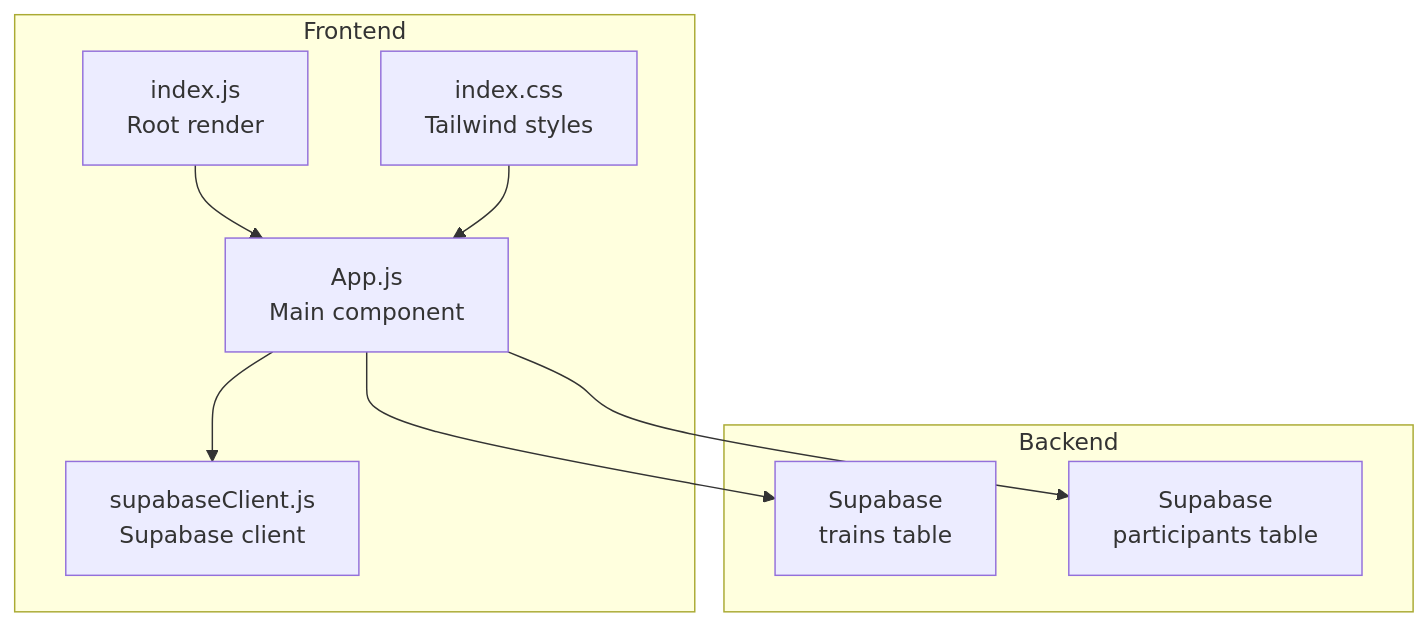
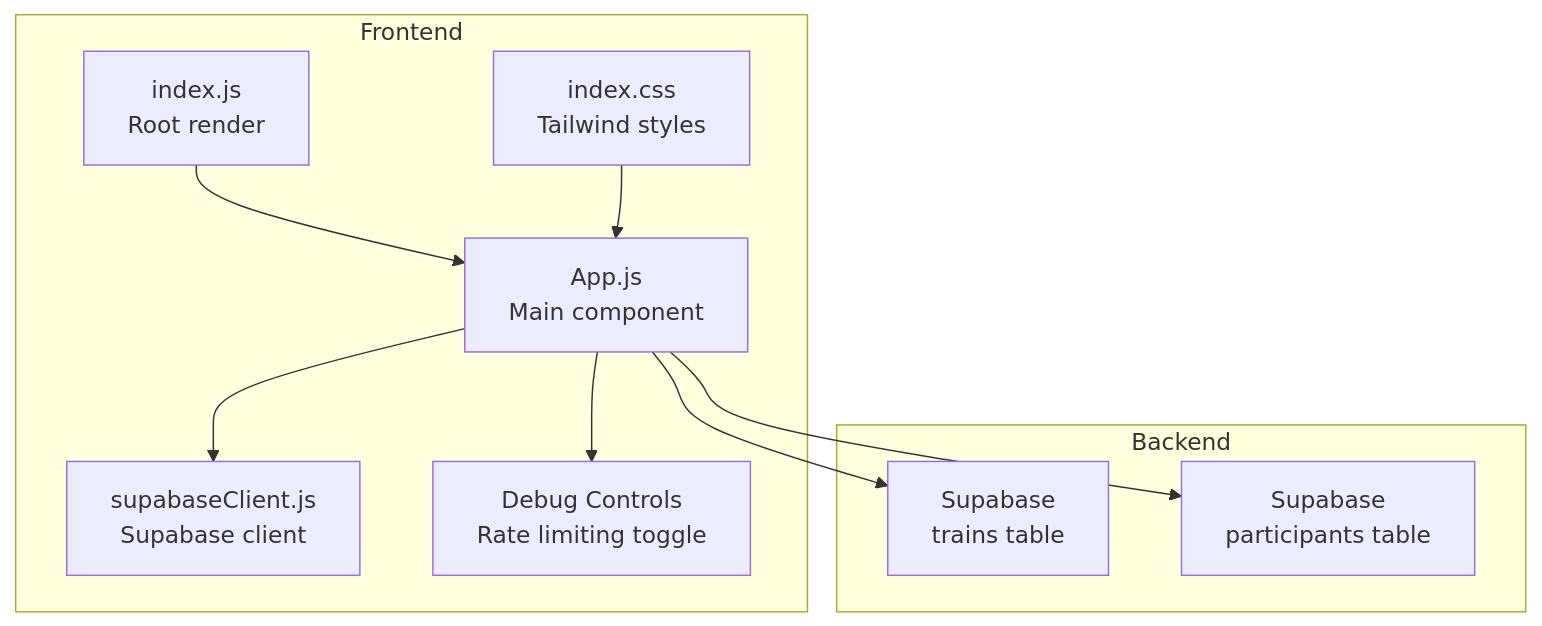
Before and after one commit to TheBooleanJulian/followtrain-v2: the first of 3 diagrams in .qoder/repowiki/en/content/Form Validation & User Input Handling.md, drawn with Mermaid. The commit also changed other lines of this file and 202 other files, not shown here.

````diff
--- a/.qoder/repowiki/en/content/Form Validation & User Input Handling.md
+++ b/.qoder/repowiki/en/content/Form Validation & User Input Handling.md
@@ -41,18 +42,20 @@
 ```mermaid
 graph TB
 subgraph "Frontend"
 A["index.js<br/>Root render"]
 B["App.js<br/>Main component"]
 C["index.css<br/>Tailwind styles"]
 D["supabaseClient.js<br/>Supabase client"]
+E["Debug Controls<br/>Rate limiting toggle"]
 end
 subgraph "Backend"
-E["Supabase<br/>trains table"]
-F["Supabase<br/>participants table"]
+F["Supabase<br/>trains table"]
+G["Supabase<br/>participants table"]
 end
 A --> B
 B --> D
+B --> F
+B --> G
 B --> E
-B --> F
 C --> B
 ```
````
